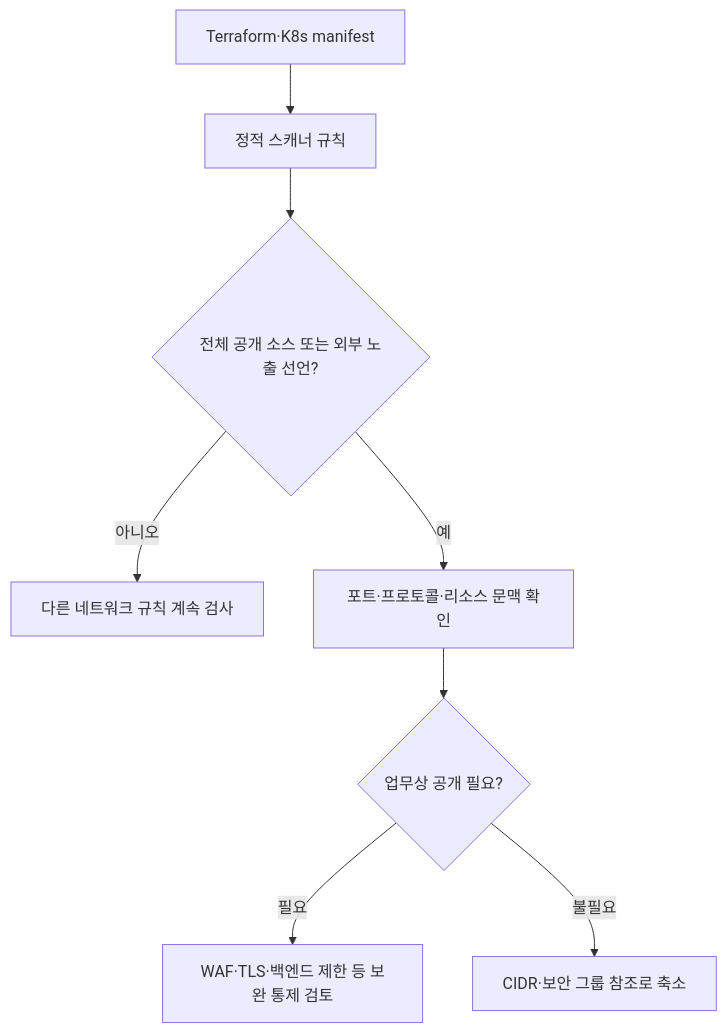
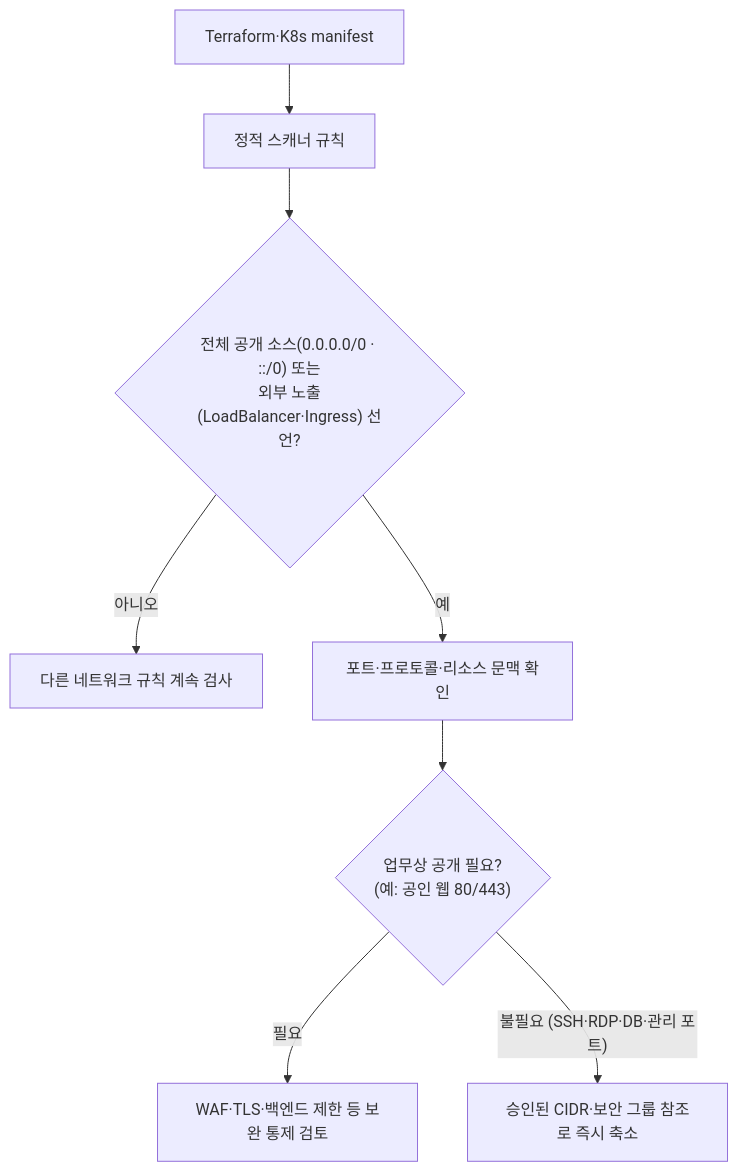
Before and after one commit to gooyong-sec/gooyong-sec.github.io: the second of 3 diagrams in content/클라우드인프라/클라우드 인프라 진단 — IaC 보안 스캐닝(Terraform·K8s manifest).md, drawn with Mermaid. The commit also changed other lines of this file and 68 other files, not shown here.

````diff
--- a/content/클라우드인프라/클라우드 인프라 진단 — IaC 보안 스캐닝(Terraform·K8s manifest).md
+++ b/content/클라우드인프라/클라우드 인프라 진단 — IaC 보안 스캐닝(Terraform·K8s manifest).md
@@ -34,10 +77,10 @@
 ```mermaid
 flowchart TD
     A["Terraform·K8s manifest"] --> B["정적 스캐너 규칙"]
-    B --> C{"전체 공개 소스 또는 외부 노출 선언?"}
+    B --> C{"전체 공개 소스(0.0.0.0/0 · ::/0) 또는<br/>외부 노출(LoadBalancer·Ingress) 선언?"}
     C -->|"아니오"| D["다른 네트워크 규칙 계속 검사"]
     C -->|"예"| E["포트·프로토콜·리소스 문맥 확인"]
-    E --> F{"업무상 공개 필요?"}
+    E --> F{"업무상 공개 필요?<br/>(예: 공인 웹 80/443)"}
     F -->|"필요"| G["WAF·TLS·백엔드 제한 등 보완 통제 검토"]
-    F -->|"불필요"| H["CIDR·보안 그룹 참조로 축소"]
+    F -->|"불필요 (SSH·RDP·DB·관리 포트)"| H["승인된 CIDR·보안 그룹 참조로 즉시 축소"]
 ```
````
